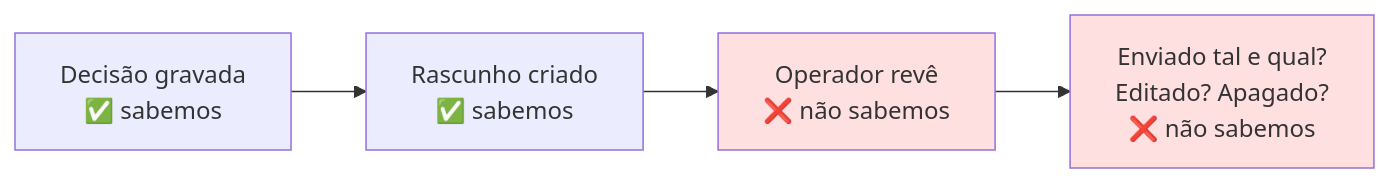
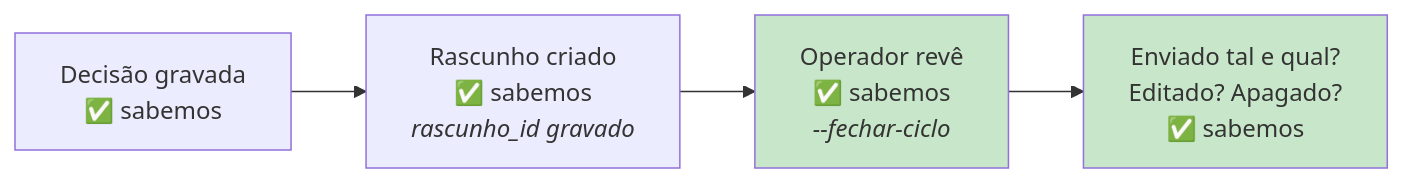
Before and after one commit to joaocarvalhini/Outlook-Reply-Assistant: the second of 3 diagrams in docs/07-roadmap/improvements.md, drawn with Mermaid. The commit also changed other lines of this file and 18 other files, not shown here.

````diff
--- a/docs/07-roadmap/improvements.md
+++ b/docs/07-roadmap/improvements.md
@@ -120,8 +139,8 @@
 ```mermaid
 flowchart LR
-    A["Decisão gravada<br/>✅ sabemos"] --> B["Rascunho criado<br/>✅ sabemos"]
-    B --> C["Operador revê<br/>❌ não sabemos"]
-    C --> D["Enviado tal e qual?<br/>Editado? Apagado?<br/>❌ não sabemos"]
-    style C fill:#ffe0e0
-    style D fill:#ffe0e0
+    A["Decisão gravada<br/>✅ sabemos"] --> B["Rascunho criado<br/>✅ sabemos<br/><i>rascunho_id gravado</i>"]
+    B --> C["Operador revê<br/>✅ sabemos<br/><i>--fechar-ciclo</i>"]
+    C --> D["Enviado tal e qual?<br/>Editado? Apagado?<br/>✅ sabemos"]
+    style C fill:#c8e6c9
+    style D fill:#c8e6c9
 ```
````
